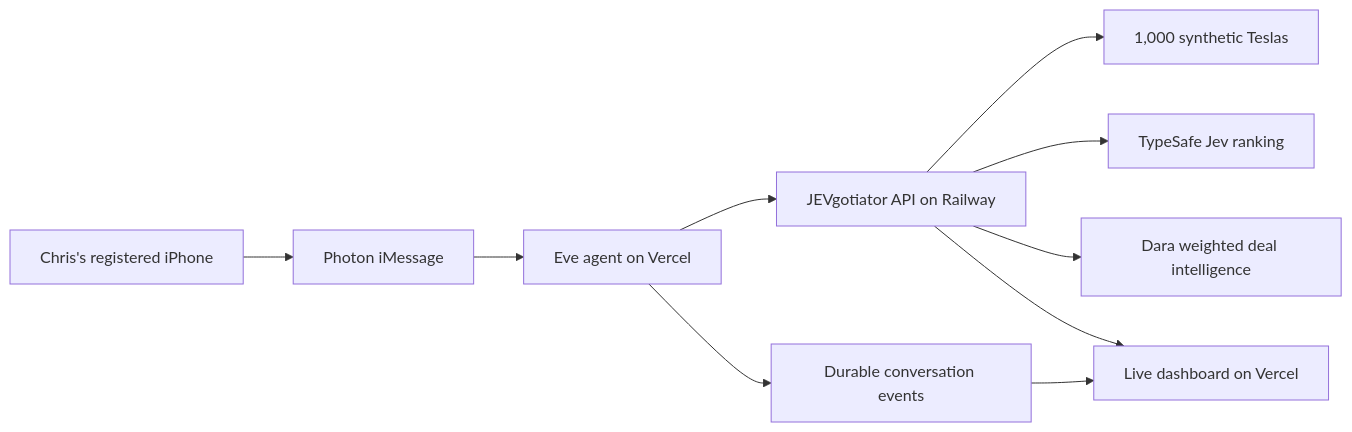
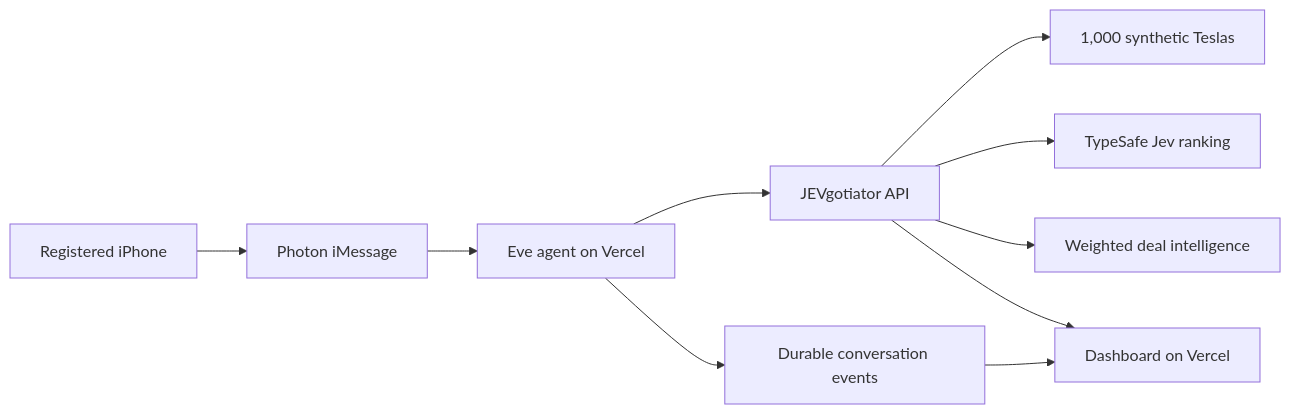
Before and after one commit to benikigai/JEVgotiator: the diagram in README.md, drawn with Mermaid. The commit also changed other lines of this file, not shown here.

````diff
--- a/README.md
+++ b/README.md
@@ -5,12 +28,12 @@
 ```mermaid
 flowchart LR
-    Phone[Chris's registered iPhone] --> Photon[Photon iMessage]
+    Phone[Registered iPhone] --> Photon[Photon iMessage]
     Photon --> Eve[Eve agent on Vercel]
-    Eve --> API[JEVgotiator API on Railway]
+    Eve --> API[JEVgotiator API]
     API --> Catalog[1,000 synthetic Teslas]
     API --> Jev[TypeSafe Jev ranking]
-    API --> Dara[Dara weighted deal intelligence]
+    API --> Dara[Weighted deal intelligence]
     Eve --> Feed[Durable conversation events]
-    Feed --> Dashboard[Live dashboard on Vercel]
+    Feed --> Dashboard[Dashboard on Vercel]
     API --> Dashboard
 ```
````
